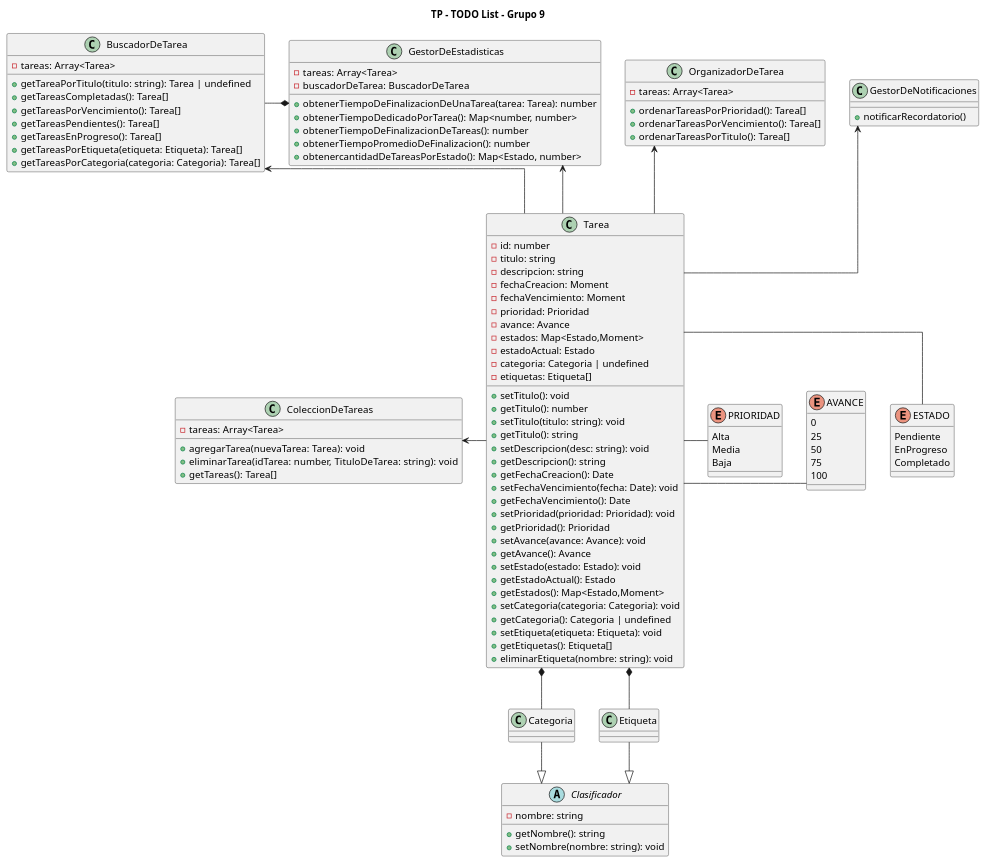
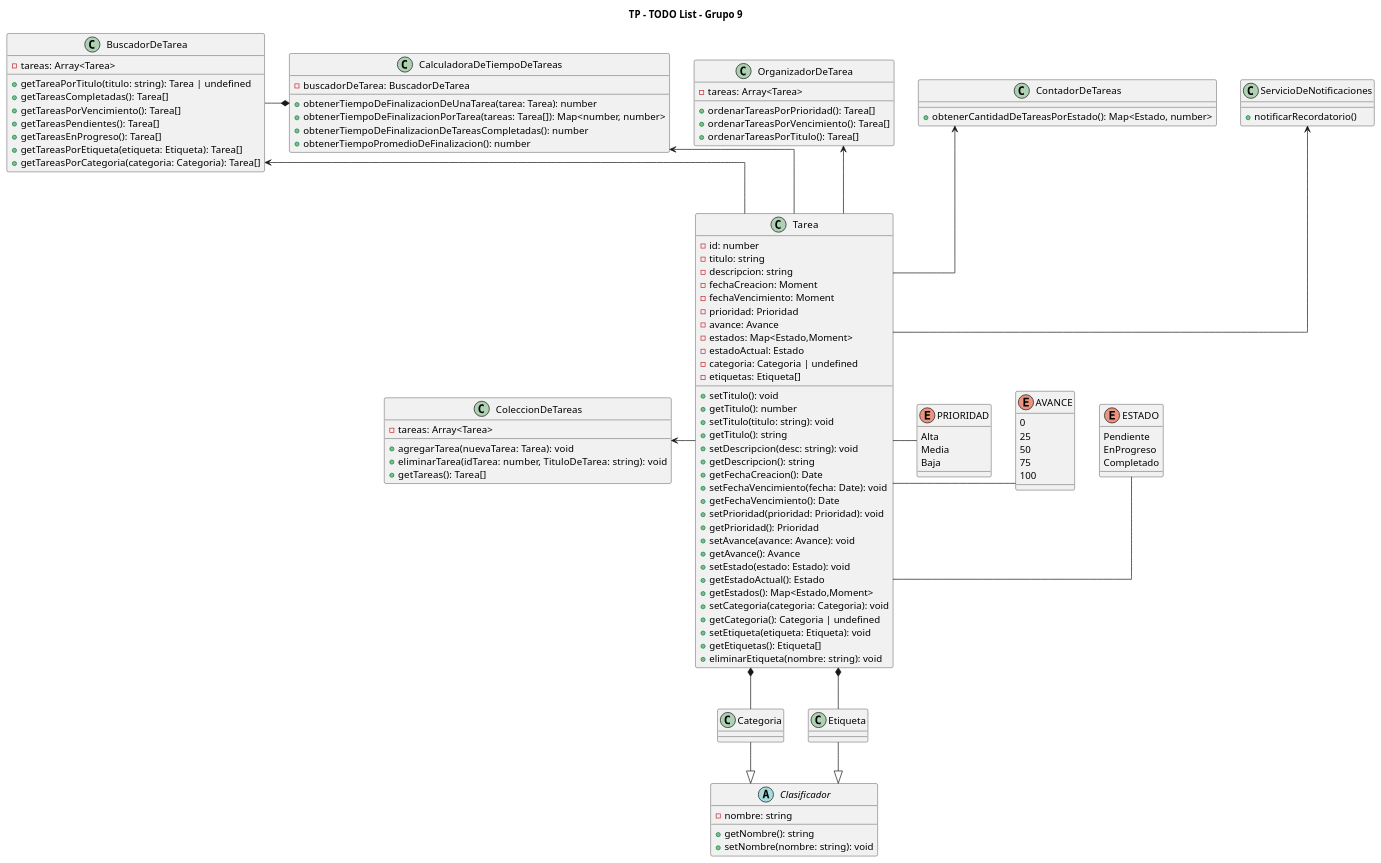
Before and after one commit to FrancisLuna/ToDo-POO-Grupo-9: the diagram in Diagrama/diagrama.puml, drawn with PlantUML. The commit also changed 9 other files, not shown here.

Commit message:
Refactor: Separo el gestor de estadisticas en dos clases con nombres más específicos para respetar el principio de responsabilidad única.

```diff
--- a/Diagrama/diagrama.puml
+++ b/Diagrama/diagrama.puml
@@ -1,127 +1,130 @@
 @startuml ToDoList
 
 title TP - TODO List - Grupo 9
 skinparam lineType ortho
 
 class Tarea{
    - id: number
    - titulo: string
    - descripcion: string
    - fechaCreacion: Moment
    - fechaVencimiento: Moment
    - prioridad: Prioridad
    - avance: Avance
    - estados: Map<Estado,Moment>
    - estadoActual: Estado
    - categoria: Categoria | undefined
    - etiquetas: Etiqueta[]
     
     + setTitulo(): void
     + getTitulo(): number
     + setTitulo(titulo: string): void
     + getTitulo(): string
     + setDescripcion(desc: string): void
     + getDescripcion(): string
     + getFechaCreacion(): Date
     + setFechaVencimiento(fecha: Date): void
     + getFechaVencimiento(): Date
     + setPrioridad(prioridad: Prioridad): void
     + getPrioridad(): Prioridad
     + setAvance(avance: Avance): void
     + getAvance(): Avance
     + setEstado(estado: Estado): void
     + getEstadoActual(): Estado
     + getEstados(): Map<Estado,Moment>
     + setCategoria(categoria: Categoria): void
     + getCategoria(): Categoria | undefined
     + setEtiqueta(etiqueta: Etiqueta): void
     + getEtiquetas(): Etiqueta[]
     + eliminarEtiqueta(nombre: string): void
 }
 
 class ColeccionDeTareas{
     - tareas: Array<Tarea>
     + agregarTarea(nuevaTarea: Tarea): void
     + eliminarTarea(idTarea: number, TituloDeTarea: string): void
     + getTareas(): Tarea[]
 }
 
 class BuscadorDeTarea{
     - tareas: Array<Tarea>
 
     + getTareaPorTitulo(titulo: string): Tarea | undefined
     + getTareasCompletadas(): Tarea[]
     + getTareasPorVencimiento(): Tarea[]
     + getTareasPendientes(): Tarea[]
     + getTareasEnProgreso(): Tarea[]
     + getTareasPorEtiqueta(etiqueta: Etiqueta): Tarea[]
     + getTareasPorCategoria(categoria: Categoria): Tarea[]
 }
 
 class OrganizadorDeTarea{
     - tareas: Array<Tarea>
 
     + ordenarTareasPorPrioridad(): Tarea[]
     + ordenarTareasPorVencimiento(): Tarea[]
     + ordenarTareasPorTitulo(): Tarea[]
 }
 
-class GestorDeEstadisticas{
-    - tareas: Array<Tarea>
+class CalculadoraDeTiempoDeTareas{
     - buscadorDeTarea: BuscadorDeTarea
 
     + obtenerTiempoDeFinalizacionDeUnaTarea(tarea: Tarea): number
-    + obtenerTiempoDedicadoPorTarea(): Map<number, number>
-    + obtenerTiempoDeFinalizacionDeTareas(): number
+    + obtenerTiempoDeFinalizacionPorTarea(tareas: Tarea[]): Map<number, number>
+    + obtenerTiempoDeFinalizacionDeTareasCompletadas(): number
     + obtenerTiempoPromedioDeFinalizacion(): number
-    + obtenercantidadDeTareasPorEstado(): Map<Estado, number>
 }
 
-class GestorDeNotificaciones{
+class ContadorDeTareas{
+    + obtenerCantidadDeTareasPorEstado(): Map<Estado, number>
+}
+
+class ServicioDeNotificaciones{
     + notificarRecordatorio()
 }
 
 abstract class Clasificador{
     - nombre: string
 
     + getNombre(): string
     + setNombre(nombre: string): void
 }
 
 class Categoria {}
 class Etiqueta {}
 
 ENUM ESTADO{
     Pendiente
     EnProgreso
     Completado
 }
 
 ENUM AVANCE{
     0
     25
     50
     75
     100
 }
 
 ENUM PRIORIDAD{
     Alta
     Media
     Baja
 }
 
-GestorDeEstadisticas <-- Tarea
-GestorDeNotificaciones <-- Tarea
+CalculadoraDeTiempoDeTareas <-- Tarea
+ContadorDeTareas <-- Tarea
+ServicioDeNotificaciones <-- Tarea
 OrganizadorDeTarea <-- Tarea
 BuscadorDeTarea <-- Tarea
 Tarea *-- Categoria
 Tarea *-- Etiqueta
 Tarea -left-> ColeccionDeTareas
 Categoria --|> Clasificador
 Etiqueta --|> Clasificador
 Tarea -right- ESTADO
 Tarea -right- AVANCE
 Tarea -right- PRIORIDAD
-GestorDeEstadisticas *-left- BuscadorDeTarea
+CalculadoraDeTiempoDeTareas *-left- BuscadorDeTarea
 @enduml
```
